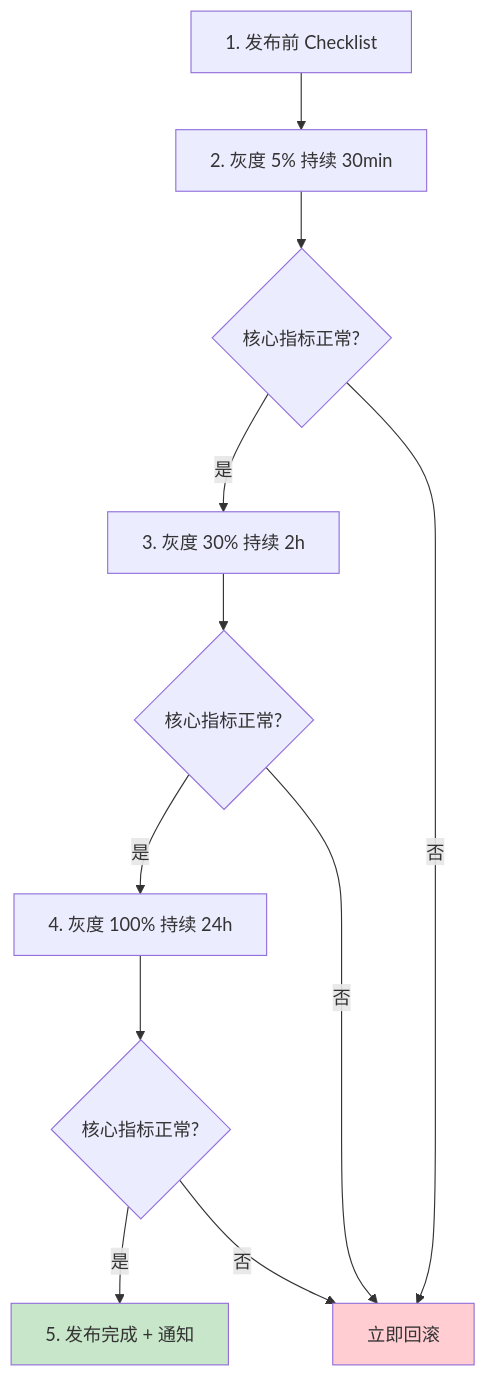
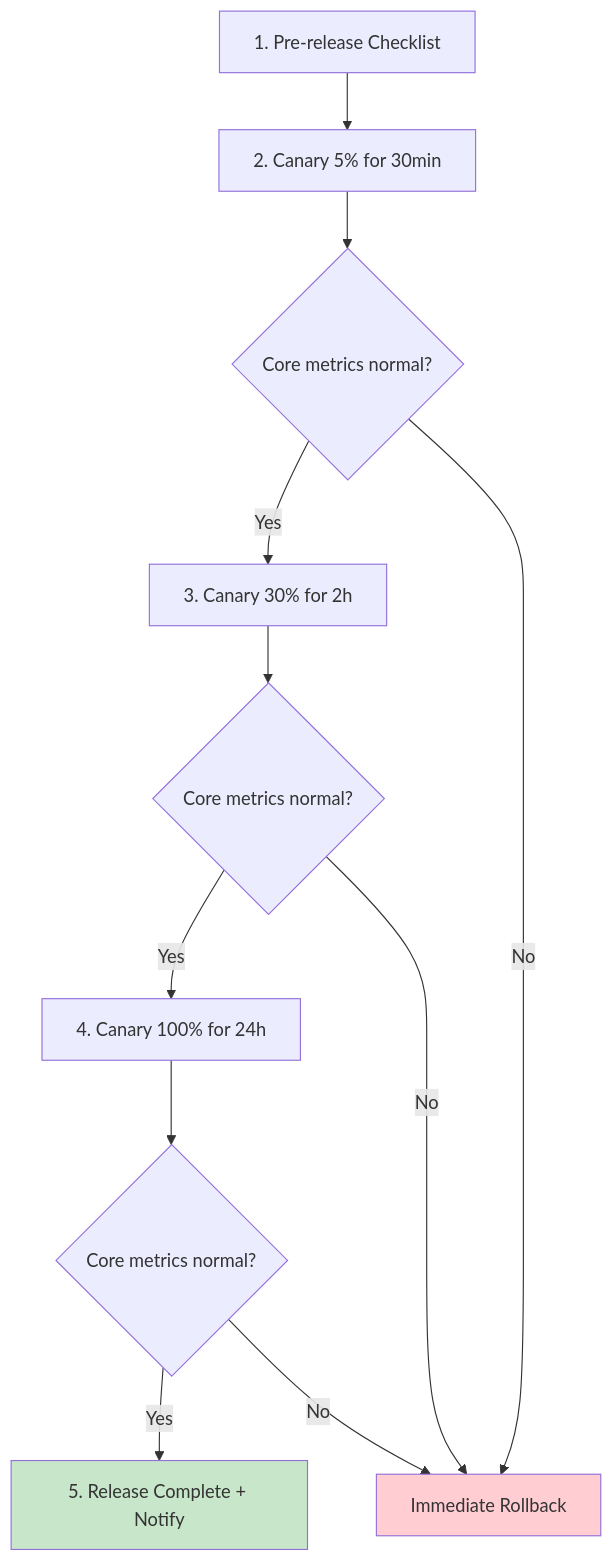
The first of 2 diagrams in templates/产品/退役层/【模板】知识沉淀.md (Kirky-X/cangjie), drawn with Mermaid before and after one commit. The commit also changed other lines of this file and 12 other files, not shown here.

````diff
--- a/templates/产品/退役层/【模板】知识沉淀.md
+++ b/templates/产品/退役层/【模板】知识沉淀.md
@@ -252,15 +252,15 @@
 ```mermaid
 flowchart TD
-    A[1. 发布前 Checklist] --> B[2. 灰度 5% 持续 30min]
-    B --> C{核心指标正常?}
-    C -->|是| D[3. 灰度 30% 持续 2h]
-    C -->|否| Z[立即回滚]
-    D --> E{核心指标正常?}
-    E -->|是| F[4. 灰度 100% 持续 24h]
-    E -->|否| Z
-    F --> G{核心指标正常?}
-    G -->|是| H[5. 发布完成 + 通知]
-    G -->|否| Z
+    A[1. Pre-release Checklist] --> B[2. Canary 5% for 30min]
+    B --> C{Core metrics normal?}
+    C -->|Yes| D[3. Canary 30% for 2h]
+    C -->|No| Z[Immediate Rollback]
+    D --> E{Core metrics normal?}
+    E -->|Yes| F[4. Canary 100% for 24h]
+    E -->|No| Z
+    F --> G{Core metrics normal?}
+    G -->|Yes| H[5. Release Complete + Notify]
+    G -->|No| Z
     style Z fill:#ffcdd2
     style H fill:#c8e6c9
 ```
````
